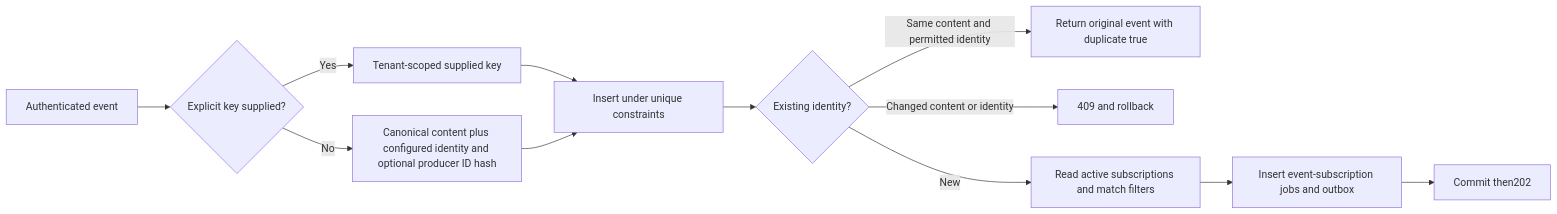
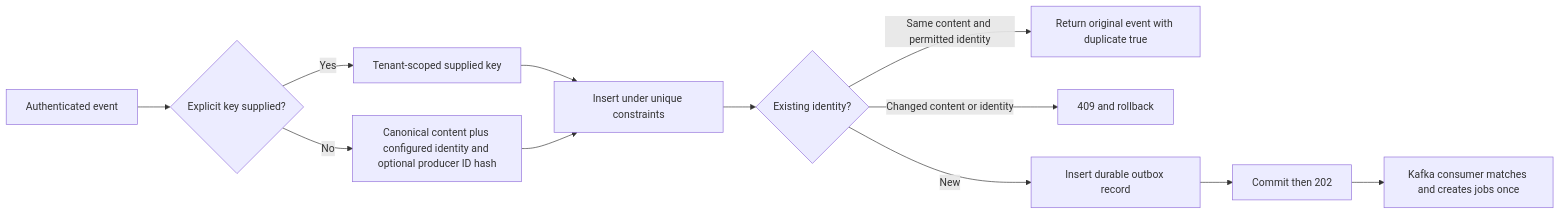
One commit to Sahil2237/notification-fanout changed the second of 3 diagrams in docs/lld/notification-app.md. Above: the diagram before and after it, drawn with Mermaid. The commit also changed other lines of this file and 45 other files, not shown here.

````diff
--- a/docs/lld/notification-app.md
+++ b/docs/lld/notification-app.md
@@ -42,14 +44,14 @@
 ```mermaid
 flowchart LR
     IN[Authenticated event] --> KEY{Explicit key supplied?}
     KEY -->|Yes| EX[Tenant-scoped supplied key]
     KEY -->|No| HASH[Canonical content plus configured identity and optional producer ID hash]
     EX --> INSERT[Insert under unique constraints]
     HASH --> INSERT
     INSERT --> CONFLICT{Existing identity?}
     CONFLICT -->|Same content and permitted identity| ORIGINAL[Return original event with duplicate true]
     CONFLICT -->|Changed content or identity| R409[409 and rollback]
-    CONFLICT -->|New| MATCH[Read active subscriptions and match filters]
-    MATCH --> JOBS[Insert event-subscription jobs and outbox]
-    JOBS --> COMMIT[Commit then202]
+    CONFLICT -->|New| OUTBOX[Insert durable outbox record]
+    OUTBOX --> COMMIT[Commit then 202]
+    COMMIT --> KAFKA[Kafka consumer matches and creates jobs once]
 ```
````
